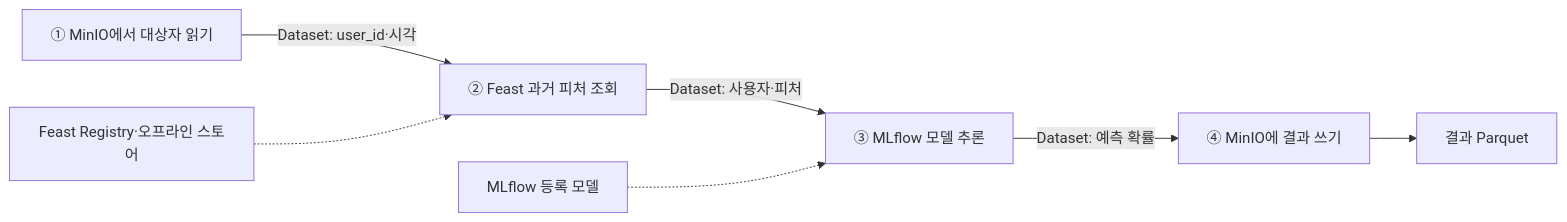
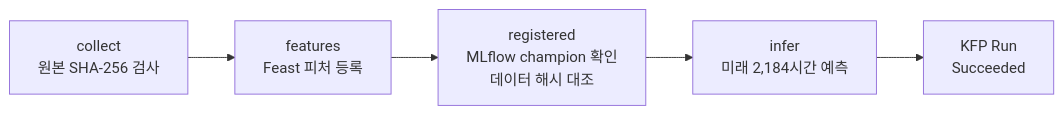
Before and after one commit to ddiiwoong/newblog: the third of 3 diagrams in blog/2026-10-31-ml-platform-engineering-ch4-5-practice.md, drawn with Mermaid. The commit also changed other lines of this file, not shown here.

First line of the commit message:
Replace: 4~5장 실습 글을 서울 공공자전거 데이터 버전으로 교체

````diff
--- a/blog/2026-10-31-ml-platform-engineering-ch4-5-practice.md
+++ b/blog/2026-10-31-ml-platform-engineering-ch4-5-practice.md
@@ -781,9 +341,7 @@
 ```mermaid
 flowchart LR
-    A["① MinIO에서 대상자 읽기"] -->|"Dataset: user_id·시각"| B["② Feast 과거 피처 조회"]
-    B -->|"Dataset: 사용자·피처"| C["③ MLflow 모델 추론"]
-    C -->|"Dataset: 예측 확률"| D["④ MinIO에 결과 쓰기"]
-    D --> OUT["결과 Parquet"]
-    FEAST["Feast Registry·오프라인 스토어"] -.-> B
-    MODEL["MLflow 등록 모델"] -.-> C
+    A["collect<br/>원본 SHA-256 검사"] --> B["features<br/>Feast 피처 등록"]
+    B --> C["registered<br/>MLflow champion 확인<br/>데이터 해시 대조"]
+    C --> D["infer<br/>미래 2,184시간 예측"]
+    D --> E["KFP Run<br/>Succeeded"]
 ```
````
